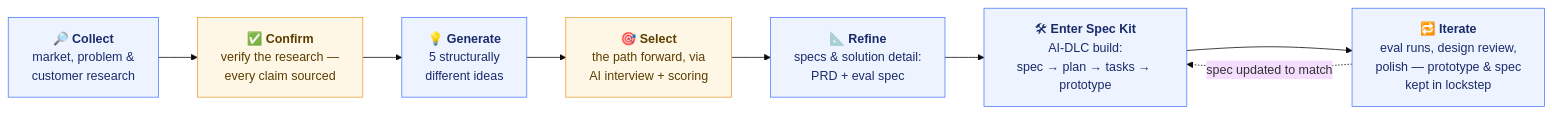
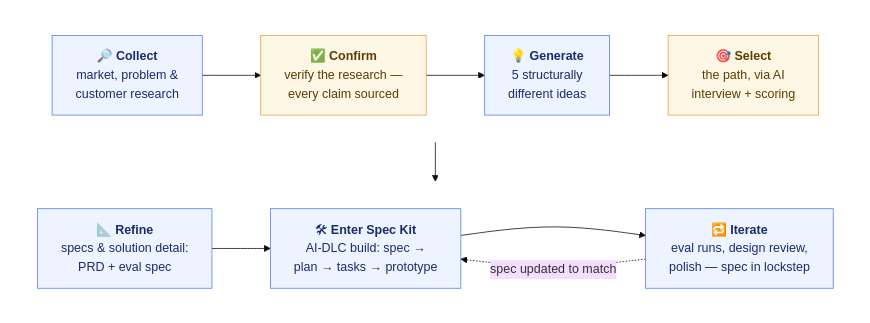
One commit to gilstrickland-ship-it/HCP-Case-Study changed the diagram in README.md. Above: the diagram before and after it, drawn with Mermaid (base theme).

Commit message:
Wrap process diagram onto two rows so it fits the viewport
Seven nodes in one LR row forced GitHub to scale the SVG down. Invisible
subgraph lanes (linked lane-to-lane, since node-to-node cross-links
disable inner direction) wrap the flow: Collect→Select on row one,
Refine→Iterate on row two. Verified rendering via mermaid.ink.

````diff
--- a/README.md
+++ b/README.md
@@ -76,18 +76,27 @@
 ```mermaid
-flowchart LR
-    A["🔎 <b>Collect</b><br/>market, problem &<br/>customer research"]
-    B["✅ <b>Confirm</b><br/>verify the research —<br/>every claim sourced"]
-    C["💡 <b>Generate</b><br/>5 structurally<br/>different ideas"]
-    D["🎯 <b>Select</b><br/>the path forward, via<br/>AI interview + scoring"]
-    E["📐 <b>Refine</b><br/>specs & solution detail:<br/>PRD + eval spec"]
-    F["🛠 <b>Enter Spec Kit</b><br/>AI-DLC build:<br/>spec → plan → tasks → prototype"]
-    G["🔁 <b>Iterate</b><br/>eval runs, design review,<br/>polish — prototype & spec<br/>kept in lockstep"]
-
-    A --> B --> C --> D --> E --> F --> G
-    G -. "spec updated to match" .-> F
+flowchart TB
+    subgraph row1 [ ]
+        direction LR
+        A["🔎 <b>Collect</b><br/>market, problem &<br/>customer research"]
+        B["✅ <b>Confirm</b><br/>verify the research —<br/>every claim sourced"]
+        C["💡 <b>Generate</b><br/>5 structurally<br/>different ideas"]
+        D["🎯 <b>Select</b><br/>the path, via AI<br/>interview + scoring"]
+        A --> B --> C --> D
+    end
+    subgraph row2 [ ]
+        direction LR
+        E["📐 <b>Refine</b><br/>specs & solution detail:<br/>PRD + eval spec"]
+        F["🛠 <b>Enter Spec Kit</b><br/>AI-DLC build: spec →<br/>plan → tasks → prototype"]
+        G["🔁 <b>Iterate</b><br/>eval runs, design review,<br/>polish — spec in lockstep"]
+        E --> F --> G
+        G -. "spec updated to match" .-> F
+    end
+    row1 --> row2
 
     classDef ai fill:#eef4ff,stroke:#4f7cff,color:#1a2b6b
     classDef human fill:#fff7e6,stroke:#e8a13a,color:#5c3d00
+    classDef lane fill:none,stroke:none
     class A,C,E,F,G ai
     class B,D human
+    class row1,row2 lane
 ```
````
